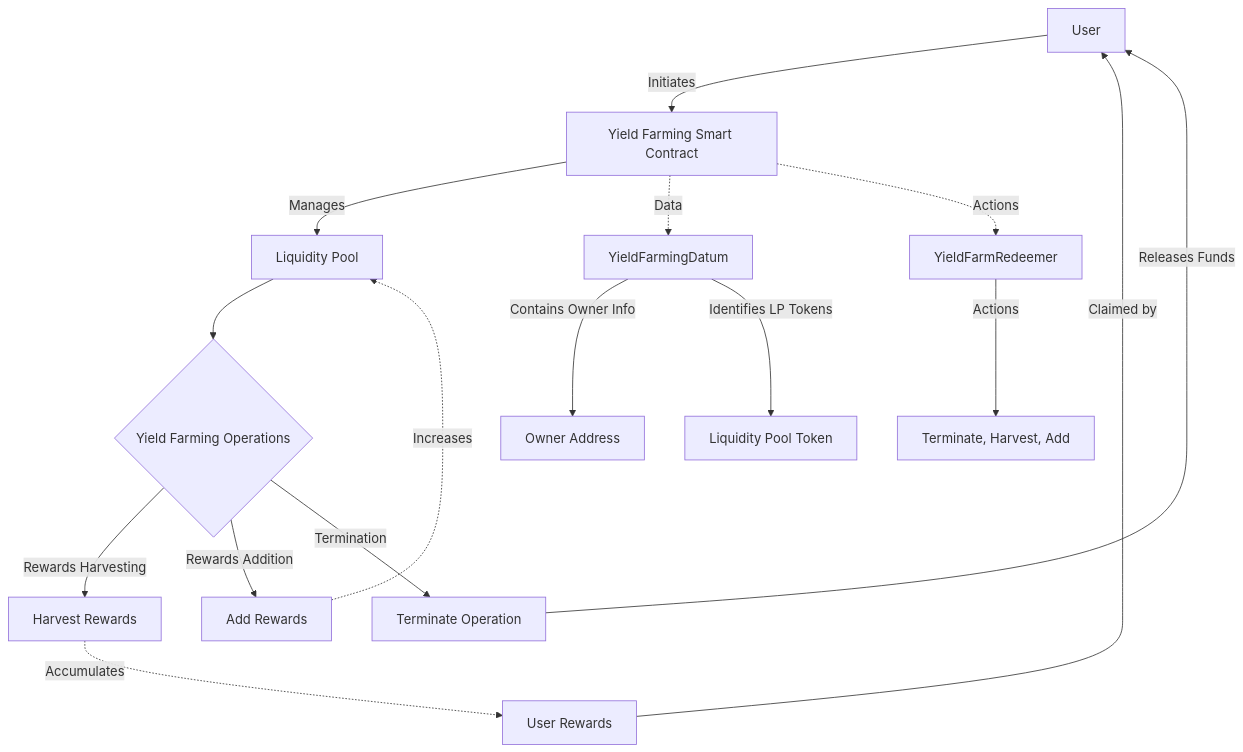
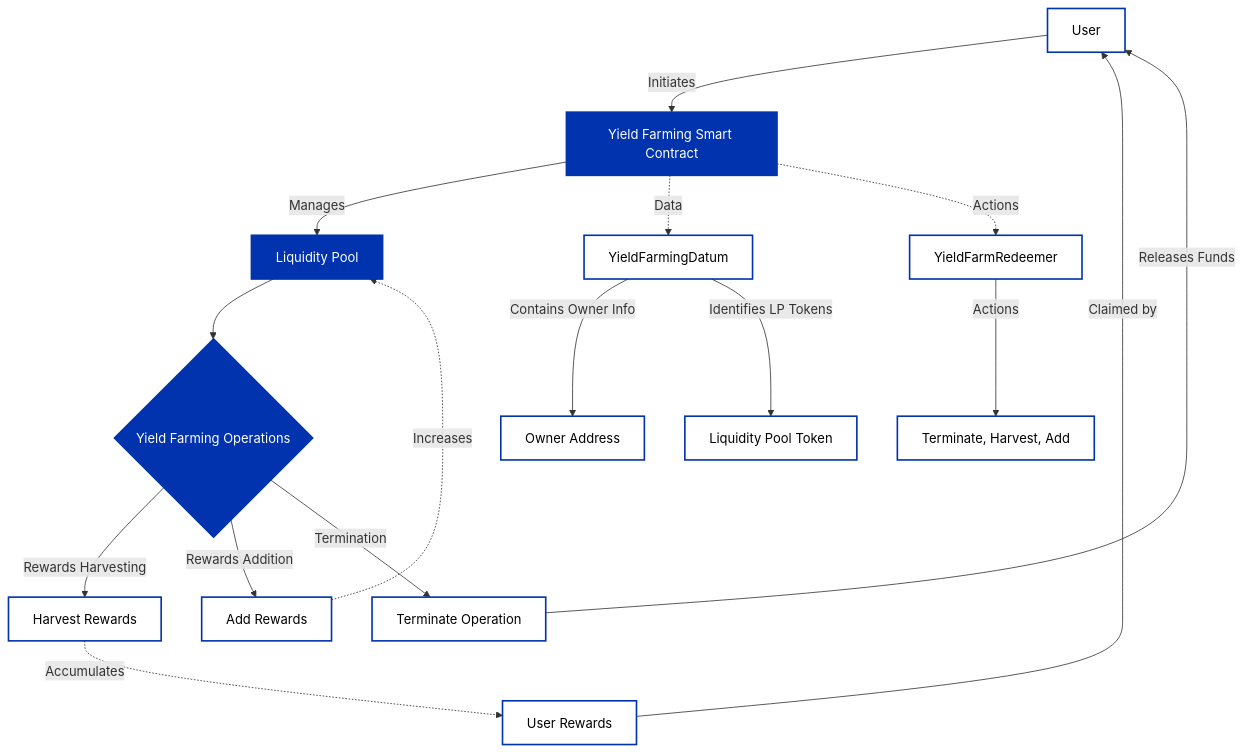
The diagram in docs/smart-contracts/smart-contract-languages/plutarch/production-grade-dapps/yield-farming.md (cardano-foundation/developer-portal), drawn with Mermaid before and after one commit. The commit also changed 14 other files, not shown here.

Commit message:
cardano unified color scheme for mermaid diagrams

````diff
--- a/docs/smart-contracts/smart-contract-languages/plutarch/production-grade-dapps/yield-farming.md
+++ b/docs/smart-contracts/smart-contract-languages/plutarch/production-grade-dapps/yield-farming.md
@@ -98,25 +98,39 @@
 ```mermaid
 graph TD
     A[User] -->|Initiates| B[Yield Farming Smart Contract]
     B -->|Manages| C[Liquidity Pool]
     C --> D{Yield Farming Operations}
     D -->|Rewards Harvesting| F[Harvest Rewards]
     D -->|Rewards Addition| G[Add Rewards]
 
     D -->|Termination| E[Terminate Operation]
 
     E -->|Releases Funds| A
     F -.->|Accumulates| H[User Rewards]
     G -.->|Increases| C
 
     H -->|Claimed by| A
 
     B -.->|Data| I[YieldFarmingDatum]
     B -.->|Actions| J[YieldFarmRedeemer]
 
     I -->|Contains Owner Info| K[Owner Address]
     I -->|Identifies LP Tokens| L[Liquidity Pool Token]
     J -->|Actions| M[Terminate, Harvest, Add]
 
     class B,C,D operation
+
+    style A fill:#FFFFFF,stroke:#0033AD,stroke-width:2px,color:#000000
+    style B fill:#0033AD,stroke:#0033AD,stroke-width:2px,color:#FFFFFF
+    style C fill:#0033AD,stroke:#0033AD,stroke-width:2px,color:#FFFFFF
+    style D fill:#0033AD,stroke:#0033AD,stroke-width:2px,color:#FFFFFF
+    style E fill:#FFFFFF,stroke:#0033AD,stroke-width:2px,color:#000000
+    style F fill:#FFFFFF,stroke:#0033AD,stroke-width:2px,color:#000000
+    style G fill:#FFFFFF,stroke:#0033AD,stroke-width:2px,color:#000000
+    style H fill:#FFFFFF,stroke:#0033AD,stroke-width:2px,color:#000000
+    style I fill:#FFFFFF,stroke:#0033AD,stroke-width:2px,color:#000000
+    style J fill:#FFFFFF,stroke:#0033AD,stroke-width:2px,color:#000000
+    style K fill:#FFFFFF,stroke:#0033AD,stroke-width:2px,color:#000000
+    style L fill:#FFFFFF,stroke:#0033AD,stroke-width:2px,color:#000000
+    style M fill:#FFFFFF,stroke:#0033AD,stroke-width:2px,color:#000000
 ```
````
